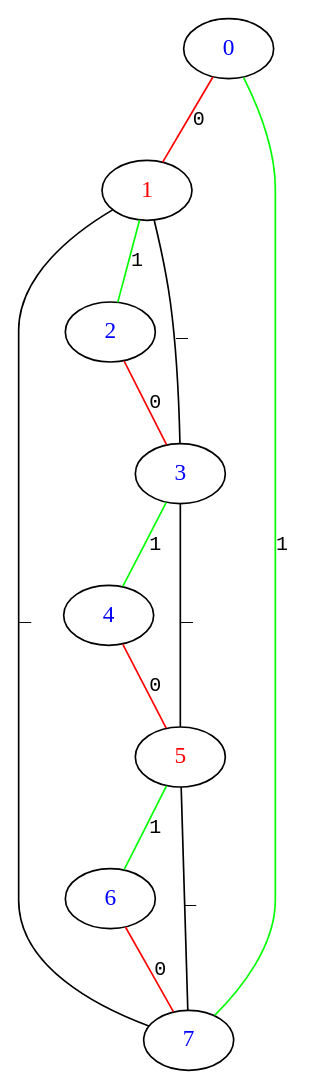
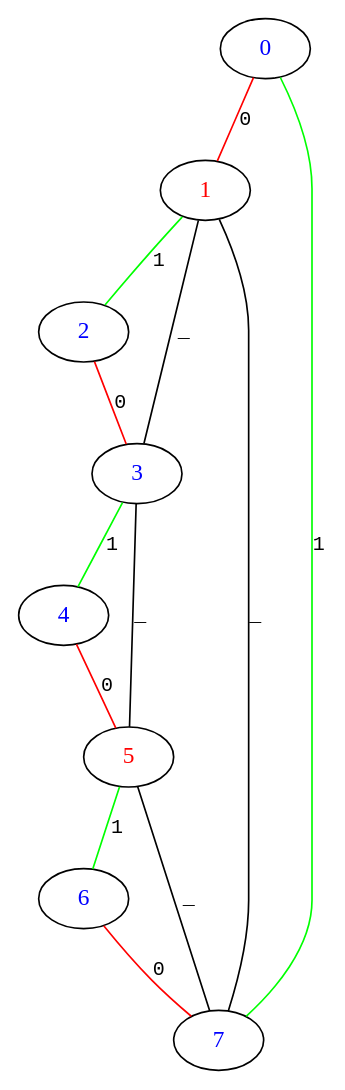
The diagram in puntvis/puntvis/deploy/sample.txt-graphviz/5.dot (icfpc-dniwe/icfpc2017), drawn with Graphviz before and after one commit. The commit also changed 58 other files, not shown here.

```diff
--- a/puntvis/puntvis/deploy/sample.txt-graphviz/5.dot
+++ b/puntvis/puntvis/deploy/sample.txt-graphviz/5.dot
@@ -1,22 +1,22 @@
 graph G {
-0 [fontcolor="#0000FFFF", label="4"];
-1 [fontcolor="#FF0000FF", label="1"];
-2 [fontcolor="#0000FFFF", label="3"];
-3 [fontcolor="#0000FFFF", label="6"];
-4 [fontcolor="#FF0000FF", label="5"];
-5 [fontcolor="#0000FFFF", label="0"];
-6 [fontcolor="#0000FFFF", label="7"];
-7 [fontcolor="#0000FFFF", label="2"];
-2 -- 0 [ color="#00FF00FF", label="1", fontname="Courier New",  fontsize=12];
-0 -- 4 [ color="#FF0000FF", label="0", fontname="Courier New",  fontsize=12];
-5 -- 1 [ color="#FF0000FF", label="0", fontname="Courier New",  fontsize=12];
-1 -- 2 [ label="_", fontname="Courier New",  fontsize=12];
-1 -- 6 [ label="_", fontname="Courier New",  fontsize=12];
-1 -- 7 [ color="#00FF00FF", label="1", fontname="Courier New",  fontsize=12];
-7 -- 2 [ color="#FF0000FF", label="0", fontname="Courier New",  fontsize=12];
-2 -- 4 [ label="_", fontname="Courier New",  fontsize=12];
-4 -- 3 [ color="#00FF00FF", label="1", fontname="Courier New",  fontsize=12];
-3 -- 6 [ color="#FF0000FF", label="0", fontname="Courier New",  fontsize=12];
-4 -- 6 [ label="_", fontname="Courier New",  fontsize=12];
-5 -- 6 [ color="#00FF00FF", label="1", fontname="Courier New",  fontsize=12];
+0 [fontcolor="#0000FFFF" label="0" pos="0,0!"];
+1 [fontcolor="#FF0000FF" label="1" pos="1,0!"];
+2 [fontcolor="#0000FFFF" label="2" pos="2,0!"];
+3 [fontcolor="#0000FFFF" label="3" pos="2,-1!"];
+4 [fontcolor="#0000FFFF" label="4" pos="2,-2!"];
+5 [fontcolor="#FF0000FF" label="5" pos="1,-2!"];
+6 [fontcolor="#0000FFFF" label="6" pos="0,-2!"];
+7 [fontcolor="#0000FFFF" label="7" pos="0,-1!"];
+3 -- 4 [fontname="Courier New" fontsize="12" label="1" color="#00FF00FF"];
+0 -- 1 [fontname="Courier New" fontsize="12" label="0" color="#FF0000FF"];
+2 -- 3 [fontname="Courier New" fontsize="12" label="0" color="#FF0000FF"];
+1 -- 3 [fontname="Courier New" fontsize="12" label="_" color="#000000FF"];
+5 -- 6 [fontname="Courier New" fontsize="12" label="1" color="#00FF00FF"];
+4 -- 5 [fontname="Courier New" fontsize="12" label="0" color="#FF0000FF"];
+3 -- 5 [fontname="Courier New" fontsize="12" label="_" color="#000000FF"];
+6 -- 7 [fontname="Courier New" fontsize="12" label="0" color="#FF0000FF"];
+5 -- 7 [fontname="Courier New" fontsize="12" label="_" color="#000000FF"];
+1 -- 7 [fontname="Courier New" fontsize="12" label="_" color="#000000FF"];
+0 -- 7 [fontname="Courier New" fontsize="12" label="1" color="#00FF00FF"];
+1 -- 2 [fontname="Courier New" fontsize="12" label="1" color="#00FF00FF"];
 }
```
